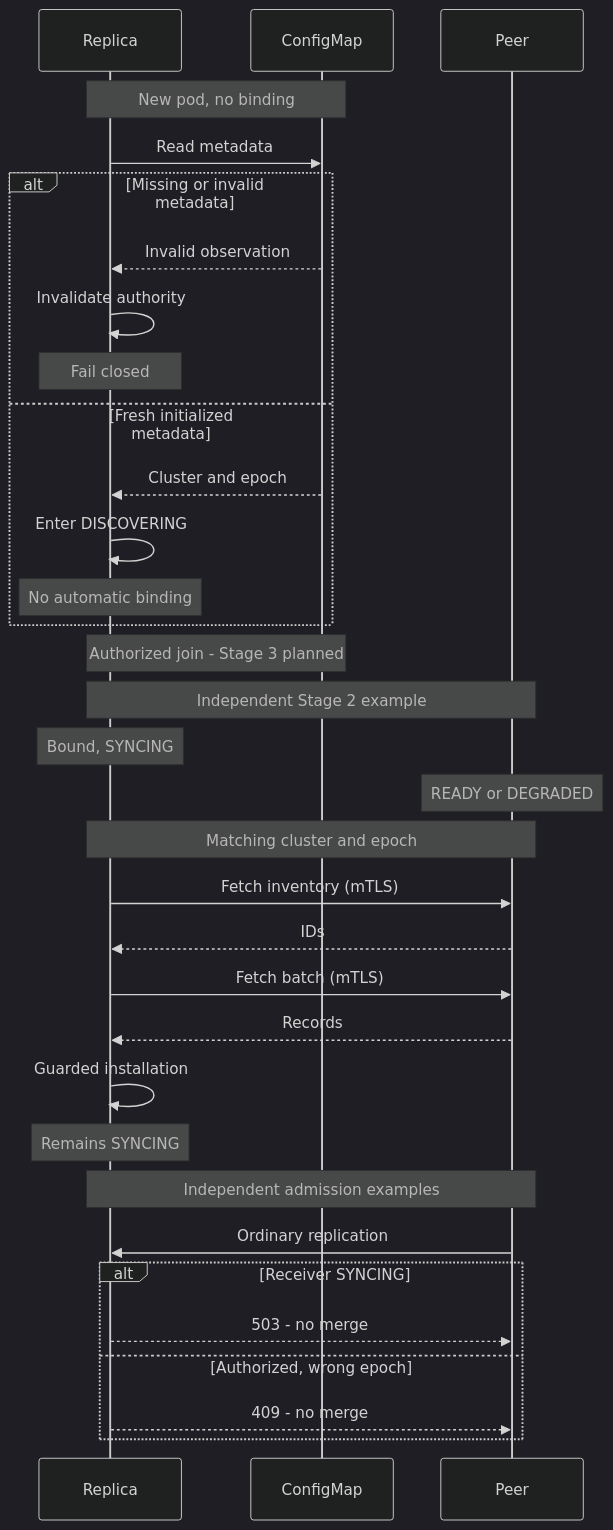
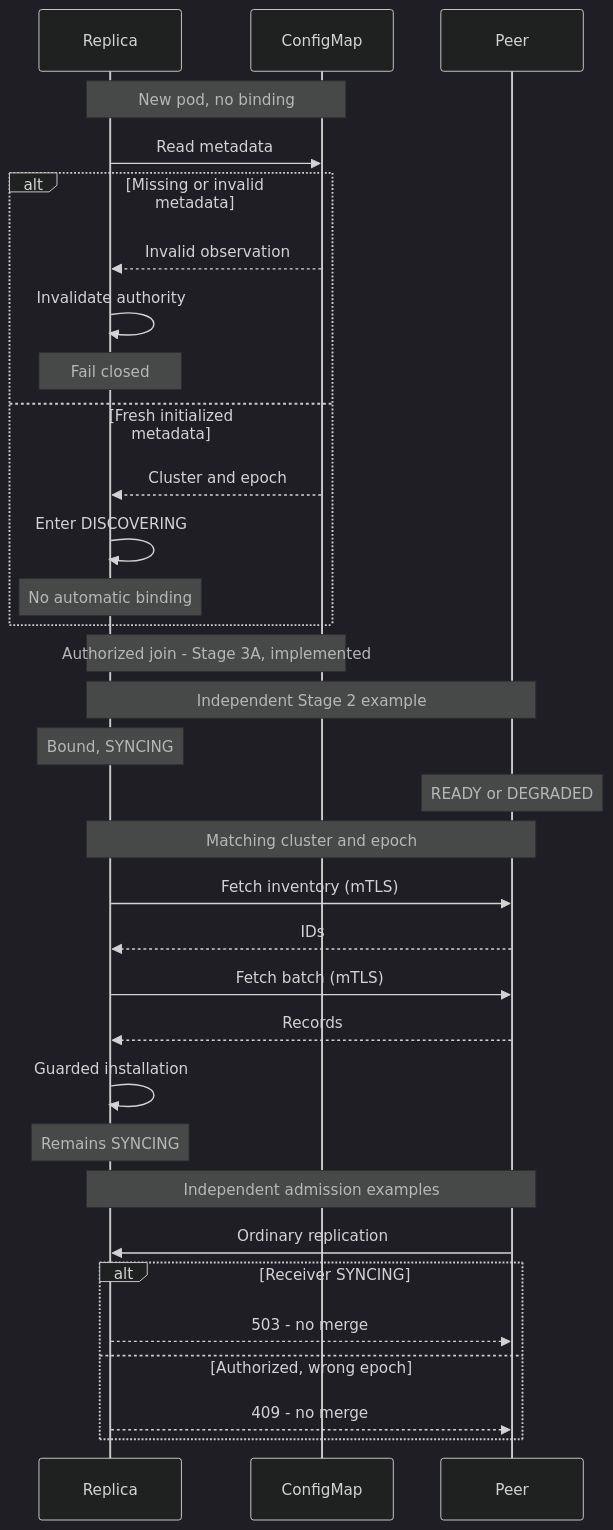
One commit to hirebrianm/gossipgrid changed the diagram in docs/diagrams/lifecycle-recovery-sequence.mmd. Above: the diagram before and after it, drawn with Mermaid (dark theme). The commit also changed 34 other files, not shown here.

```diff
--- a/docs/diagrams/lifecycle-recovery-sequence.mmd
+++ b/docs/diagrams/lifecycle-recovery-sequence.mmd
@@ -1,37 +1,37 @@
 sequenceDiagram
   participant N as Replica
   participant M as ConfigMap
   participant P as Peer
 
   Note over N,M: New pod, no binding
   N->>M: Read metadata
   alt Missing or invalid metadata
     M-->>N: Invalid observation
     N->>N: Invalidate authority
     Note over N: Fail closed
   else Fresh initialized metadata
     M-->>N: Cluster and epoch
     N->>N: Enter DISCOVERING
     Note over N: No automatic binding
   end
 
-  Note over N,M: Authorized join - Stage 3 planned
+  Note over N,M: Authorized join - Stage 3A, implemented
 
   Note over N,P: Independent Stage 2 example
   Note over N: Bound, SYNCING
   Note over P: READY or DEGRADED
   Note over N,P: Matching cluster and epoch
   N->>P: Fetch inventory (mTLS)
   P-->>N: IDs
   N->>P: Fetch batch (mTLS)
   P-->>N: Records
   N->>N: Guarded installation
   Note over N: Remains SYNCING
 
   Note over N,P: Independent admission examples
   P->>N: Ordinary replication
   alt Receiver SYNCING
     N-->>P: 503 - no merge
   else Authorized, wrong epoch
     N-->>P: 409 - no merge
   end
```
